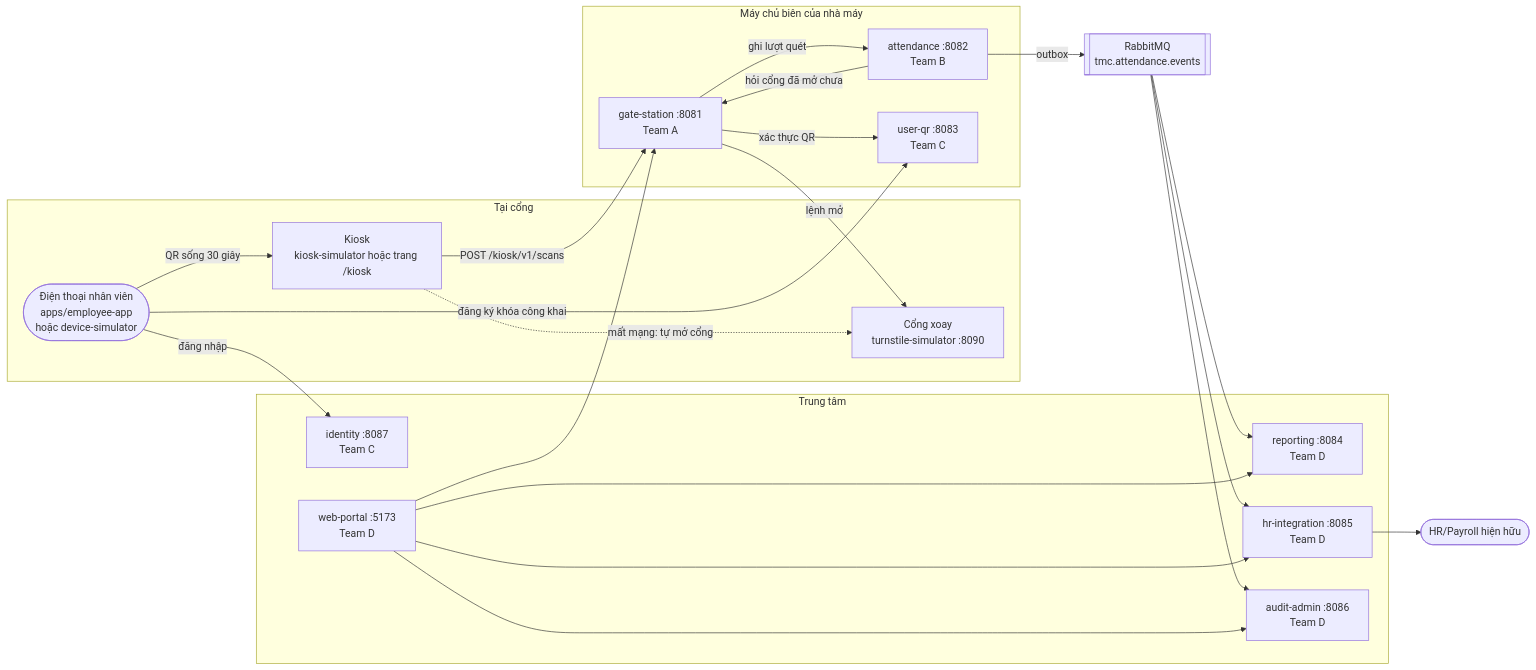
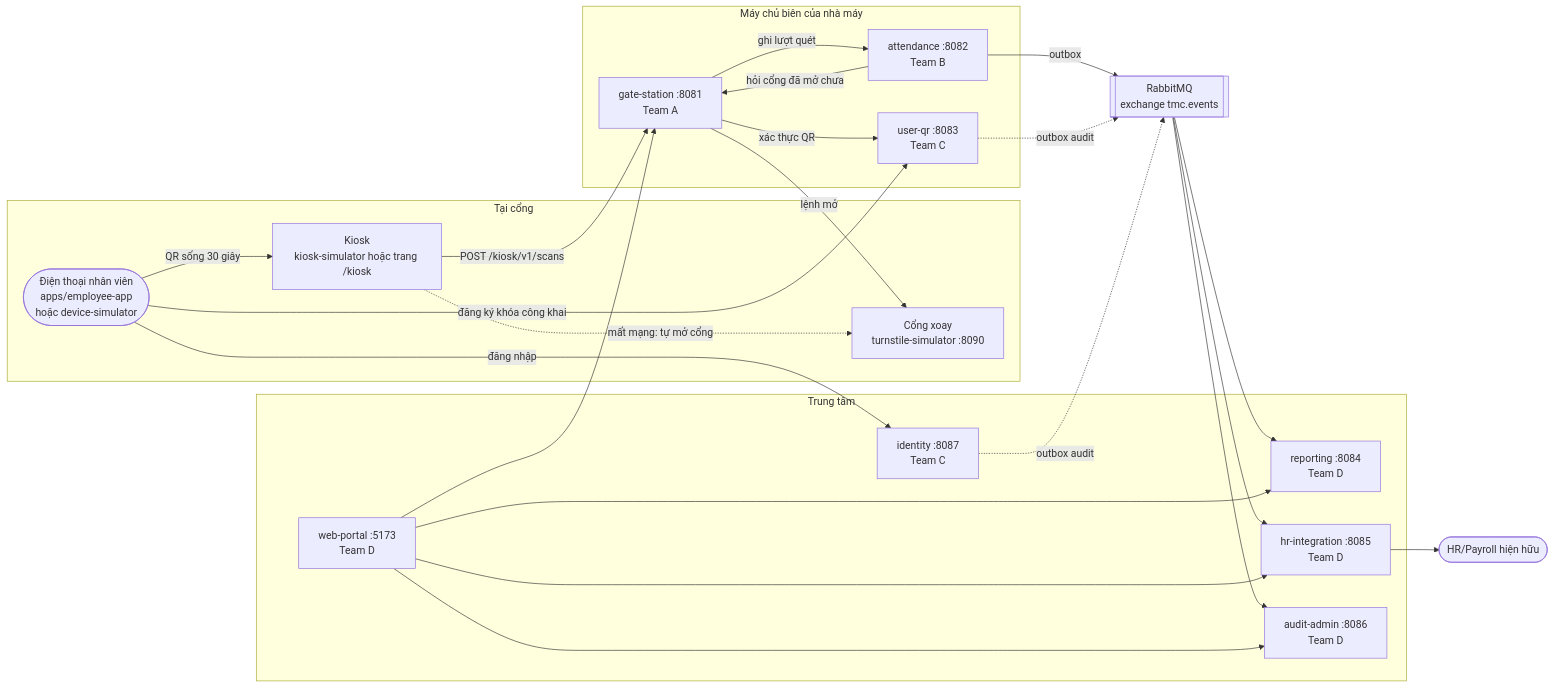
One commit to lamelihuynh/tmc changed the first of 4 diagrams in docs/handover/00-he-thong.md. Above: the diagram before and after it, drawn with Mermaid. The commit also changed other lines of this file and 4 other files, not shown here.

````diff
--- a/docs/handover/00-he-thong.md
+++ b/docs/handover/00-he-thong.md
@@ -24,41 +24,43 @@
 ```mermaid
 flowchart LR
   subgraph gate[Tại cổng]
     phone([Điện thoại nhân viên<br/>apps/employee-app<br/>hoặc device-simulator])
     kiosk[Kiosk<br/>kiosk-simulator hoặc trang /kiosk]
     turn[Cổng xoay<br/>turnstile-simulator :8090]
   end
   subgraph edge[Máy chủ biên của nhà máy]
     gs[gate-station :8081<br/>Team A]
     att[attendance :8082<br/>Team B]
     qr[user-qr :8083<br/>Team C]
   end
   subgraph central[Trung tâm]
     idn[identity :8087<br/>Team C]
     rep[reporting :8084<br/>Team D]
     hr[hr-integration :8085<br/>Team D]
     aud[audit-admin :8086<br/>Team D]
     portal[web-portal :5173<br/>Team D]
   end
-  broker[[RabbitMQ<br/>tmc.attendance.events]]
+  broker[[RabbitMQ<br/>exchange tmc.events]]
   hrp([HR/Payroll hiện hữu])
 
   phone -- "QR sống 30 giây" --> kiosk
   phone -- "đăng nhập" --> idn
   phone -- "đăng ký khóa công khai" --> qr
   kiosk -- "POST /kiosk/v1/scans" --> gs
   kiosk -. "mất mạng: tự mở cổng" .-> turn
   gs -- "xác thực QR" --> qr
   gs -- "ghi lượt quét" --> att
   gs -- "lệnh mở" --> turn
   att -- "hỏi cổng đã mở chưa" --> gs
   att -- "outbox" --> broker
+  qr -. "outbox audit" .-> broker
+  idn -. "outbox audit" .-> broker
   broker --> rep
   broker --> hr
   broker --> aud
   hr --> hrp
   portal --> gs
   portal --> rep
   portal --> hr
   portal --> aud
 ```
````
